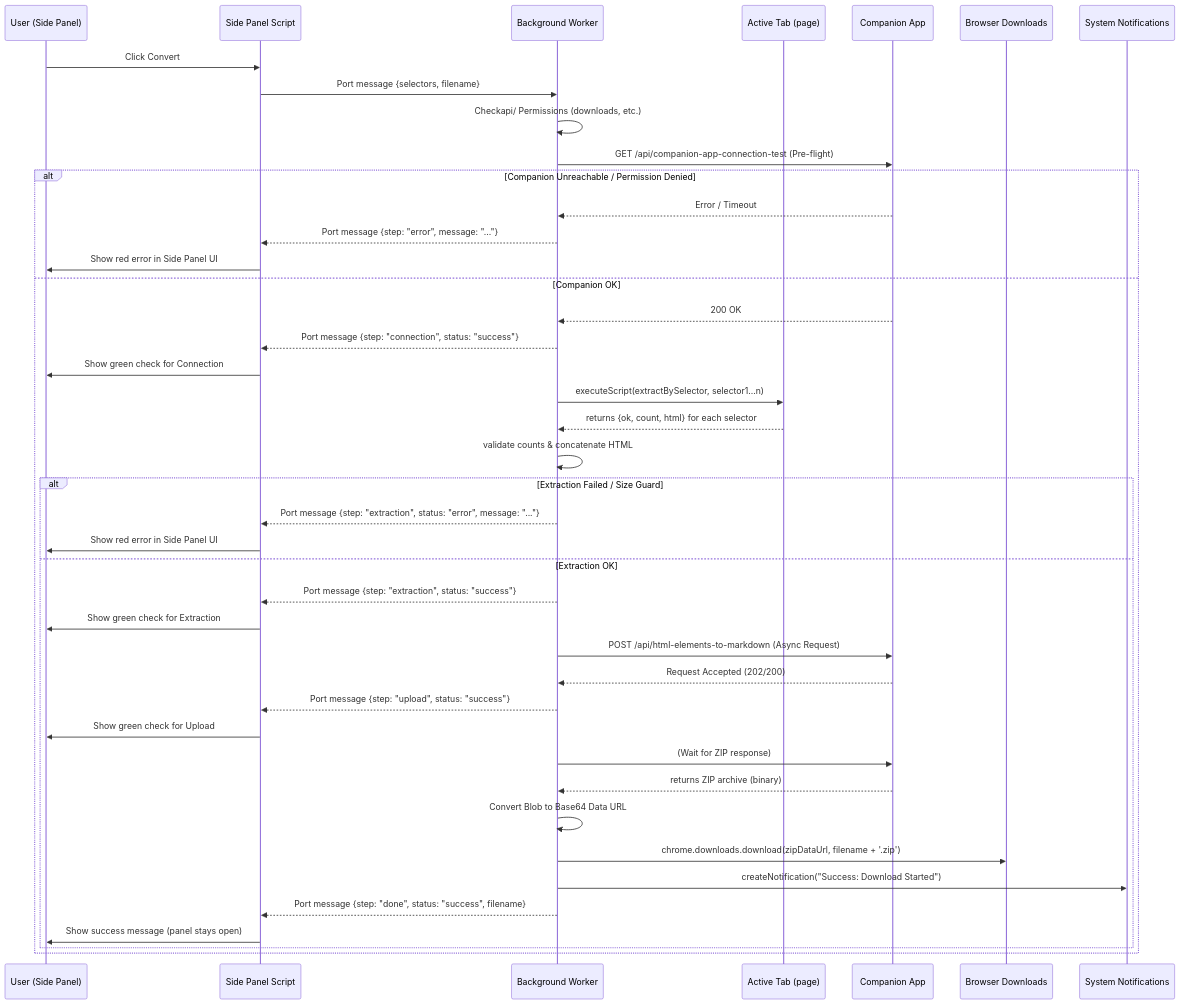
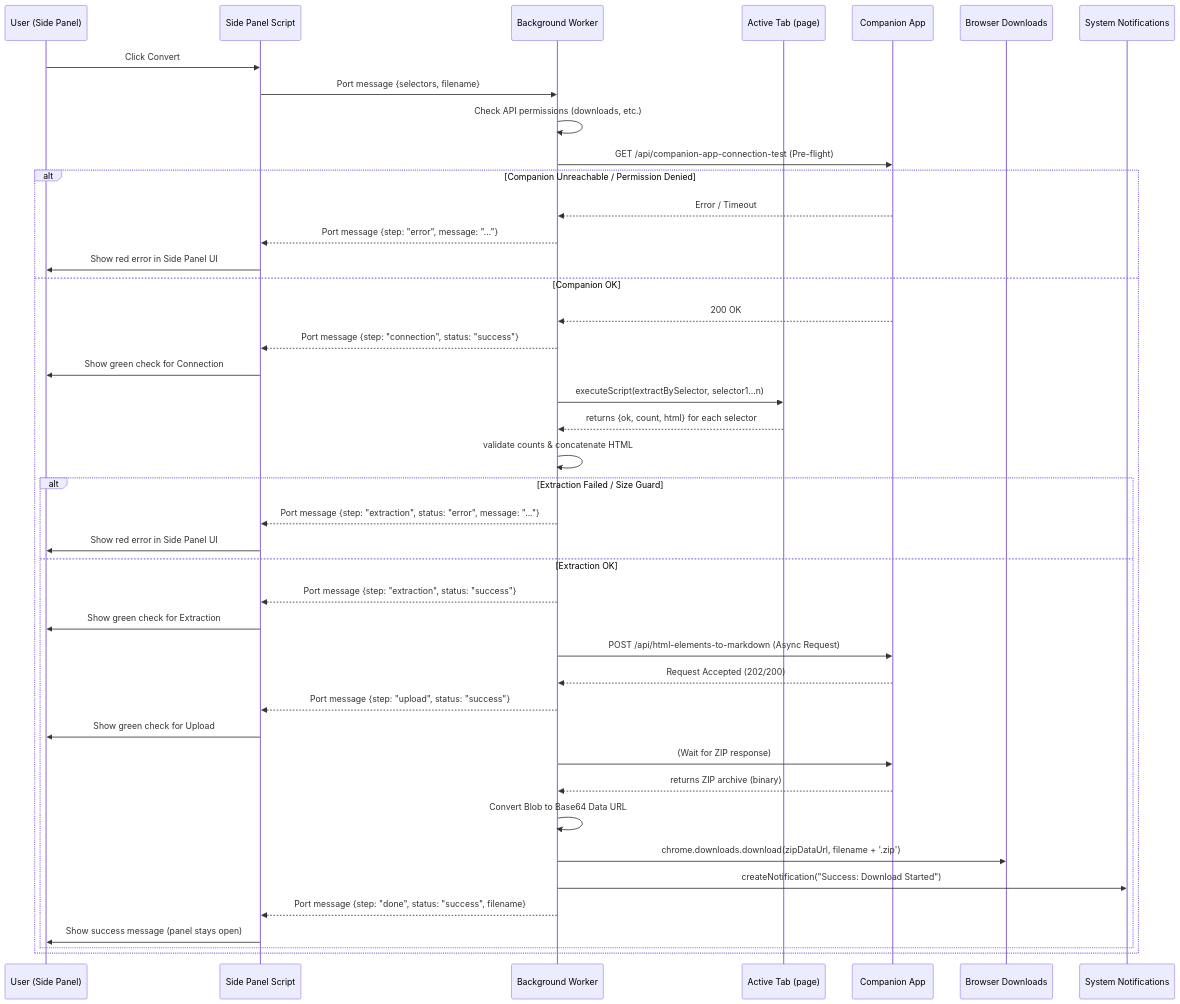
One commit to singhal-shagun/chromium-utilities changed the first of 3 diagrams in docs/features/html-to-markdown/plan.md. Above: the diagram before and after it, drawn with Mermaid. The commit also changed other lines of this file and 6 other files, not shown here.

````diff
--- a/docs/features/html-to-markdown/plan.md
+++ b/docs/features/html-to-markdown/plan.md
@@ -62,45 +65,45 @@
 ```mermaid
 sequenceDiagram
   participant U as User (Side Panel)
   participant S as Side Panel Script
   participant B as Background Worker
   participant T as Active Tab (page)
   participant C as Companion App
   participant D as Browser Downloads
   participant N as System Notifications
 
   U->>S: Click Convert
   S->>B: Port message {selectors, filename}
-  B->>B: Checkapi/ Permissions (downloads, etc.)
+  B->>B: Check API permissions (downloads, etc.)
   B->>C: GET /api/companion-app-connection-test (Pre-flight)
   alt Companion Unreachable / Permission Denied
     C-->>B: Error / Timeout
     B-->>S: Port message {step: "error", message: "..."}
     S->>U: Show red error in Side Panel UI
   else Companion OK
     C-->>B: 200 OK
     B-->>S: Port message {step: "connection", status: "success"}
     S->>U: Show green check for Connection
     B->>T: executeScript(extractBySelector, selector1...n)
     T-->>B: returns {ok, count, html} for each selector
     B->>B: validate counts & concatenate HTML
     alt Extraction Failed / Size Guard
         B-->>S: Port message {step: "extraction", status: "error", message: "..."}
         S->>U: Show red error in Side Panel UI
     else Extraction OK
         B-->>S: Port message {step: "extraction", status: "success"}
         S->>U: Show green check for Extraction
         B->>C: POST /api/html-elements-to-markdown (Async Request)
         C-->>B: Request Accepted (202/200)
         B-->>S: Port message {step: "upload", status: "success"}
         S->>U: Show green check for Upload
         B->>C: (Wait for ZIP response)
         C-->>B: returns ZIP archive (binary)
         B->>B: Convert Blob to Base64 Data URL
         B->>D: chrome.downloads.download(zipDataUrl, filename + '.zip')
         B->>N: createNotification("Success: Download Started")
         B-->>S: Port message {step: "done", status: "success", filename}
         S->>U: Show success message (panel stays open)
     end
   end
 ```
````
